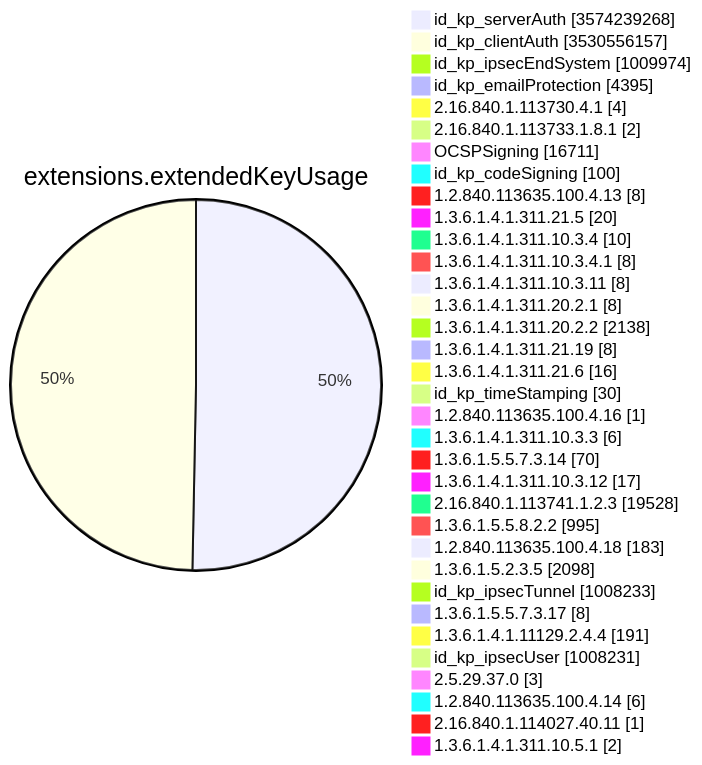
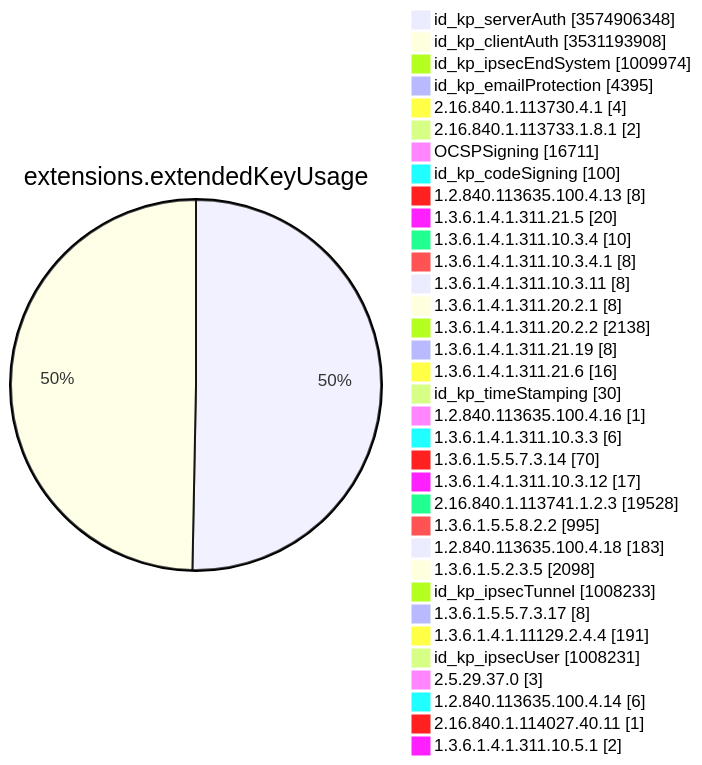
Before and after one commit to christiankrug/ctmonitor_visualization: diagram 11 of 15 in TOTAL/README.md, drawn with Mermaid. The commit also changed other lines of this file, not shown here.

````diff
--- a/TOTAL/README.md
+++ b/TOTAL/README.md
@@ -4128,38 +4128,38 @@
 ```mermaid
 pie showData
 title extensions.extendedKeyUsage
-"id_kp_serverAuth" :3574239268
-"id_kp_clientAuth" :3530556157
+"id_kp_serverAuth" :3574906348
+"id_kp_clientAuth" :3531193908
 "id_kp_ipsecEndSystem" :1009974
 "id_kp_emailProtection" :4395
 "2.16.840.1.113730.4.1" :4
 "2.16.840.1.113733.1.8.1" :2
 "OCSPSigning" :16711
 "id_kp_codeSigning" :100
 "1.2.840.113635.100.4.13" :8
 "1.3.6.1.4.1.311.21.5" :20
 "1.3.6.1.4.1.311.10.3.4" :10
 "1.3.6.1.4.1.311.10.3.4.1" :8
 "1.3.6.1.4.1.311.10.3.11" :8
 "1.3.6.1.4.1.311.20.2.1" :8
 "1.3.6.1.4.1.311.20.2.2" :2138
 "1.3.6.1.4.1.311.21.19" :8
 "1.3.6.1.4.1.311.21.6" :16
 "id_kp_timeStamping" :30
 "1.2.840.113635.100.4.16" :1
 "1.3.6.1.4.1.311.10.3.3" :6
 "1.3.6.1.5.5.7.3.14" :70
 "1.3.6.1.4.1.311.10.3.12" :17
 "2.16.840.1.113741.1.2.3" :19528
 "1.3.6.1.5.5.8.2.2" :995
 "1.2.840.113635.100.4.18" :183
 "1.3.6.1.5.2.3.5" :2098
 "id_kp_ipsecTunnel" :1008233
 "1.3.6.1.5.5.7.3.17" :8
 "1.3.6.1.4.1.11129.2.4.4" :191
 "id_kp_ipsecUser" :1008231
 "2.5.29.37.0" :3
 "1.2.840.113635.100.4.14" :6
 "2.16.840.1.114027.40.11" :1
 "1.3.6.1.4.1.311.10.5.1" :2
 ```
````
